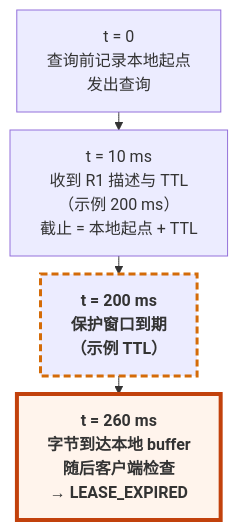
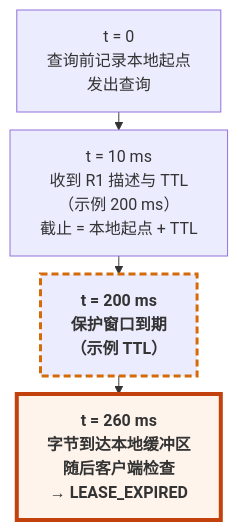
Before and after one commit to Hansyangxingxiang/Mooncake: the diagram in mooncake-kv-cache-series/wechat/04-get-and-lease.md, drawn with Mermaid. The commit also changed other lines of this file and 23 other files, not shown here.

````diff
--- a/mooncake-kv-cache-series/wechat/04-get-and-lease.md
+++ b/mooncake-kv-cache-series/wechat/04-get-and-lease.md
@@ -25,13 +19,13 @@
 ```mermaid
 %%{init: {"flowchart": {"nodeSpacing": 12, "rankSpacing": 18}}}%%
 flowchart TB
     T0["t = 0<br/>查询前记录本地起点<br/>发出查询"]
     T1["t = 10 ms<br/>收到 R1 描述与 TTL<br/>（示例 200 ms）<br/>截止 = 本地起点 + TTL"]
     T2["t = 200 ms<br/>保护窗口到期<br/>（示例 TTL）"]
-    T3["t = 260 ms<br/>字节到达本地 buffer<br/>随后客户端检查<br/>→ LEASE_EXPIRED"]
+    T3["t = 260 ms<br/>字节到达本地缓冲区<br/>随后客户端检查<br/>→ LEASE_EXPIRED"]
 
     T0 --> T1 --> T2 --> T3
 
     style T2 stroke:#D46B08,stroke-width:3px,stroke-dasharray:7 4,font-weight:bold
     style T3 stroke:#C2410C,stroke-width:4px,font-weight:bold,fill:#FFF4EC
 ```
````
